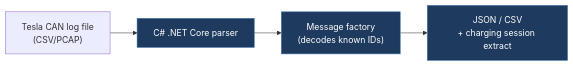
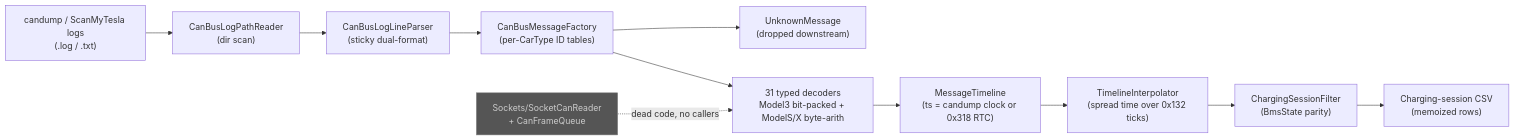
The first of 2 diagrams in docs/legacy/hanswolff-TeslaCanBusInspector.md (babico/TeslaCANModder), drawn with Mermaid before and after one commit. The commit also changed other lines of this file and 99 other files, not shown here.

````diff
--- a/docs/legacy/hanswolff-TeslaCanBusInspector.md
+++ b/docs/legacy/hanswolff-TeslaCanBusInspector.md
@@ -26,8 +70,15 @@
 ```mermaid
 flowchart LR
-    Log["Tesla CAN log file<br/>(CSV/PCAP)"] --> Net["C# .NET Core parser"]
-    Net --> Factory["Message factory<br/>(decodes known IDs)"]
-    Factory --> Out["JSON / CSV<br/>+ charging session extract"]
-    classDef path fill:#1e3a5f,stroke:#4a7fb5,color:#fff
-    class Net,Factory,Out path
+    Log["candump / ScanMyTesla logs<br/>(.log / .txt)"] --> Reader["CanBusLogPathReader<br/>(dir scan)"]
+    Reader --> LineParser["CanBusLogLineParser<br/>(sticky dual-format)"]
+    LineParser --> Factory["CanBusMessageFactory<br/>(per-CarType ID tables)"]
+    Factory --> Unknown["UnknownMessage<br/>(dropped downstream)"]
+    Factory --> Decoders["31 typed decoders<br/>Model3 bit-packed + ModelS/X byte-arith"]
+    Decoders --> Timeline["MessageTimeline<br/>(ts = candump clock or 0x318 RTC)"]
+    Timeline --> Interp["TimelineInterpolator<br/>(spread time over 0x132 ticks)"]
+    Interp --> Sessions["ChargingSessionFilter<br/>(BmsState parity)"]
+    Sessions --> Csv["Charging-session CSV<br/>(memoized rows)"]
+    Dead["Sockets/SocketCanReader<br/>+ CanFrameQueue"] -.->|dead code, no callers| Decoders
+    classDef dead fill:#555,stroke:#888,color:#ccc
+    class Dead dead
 ```
````
